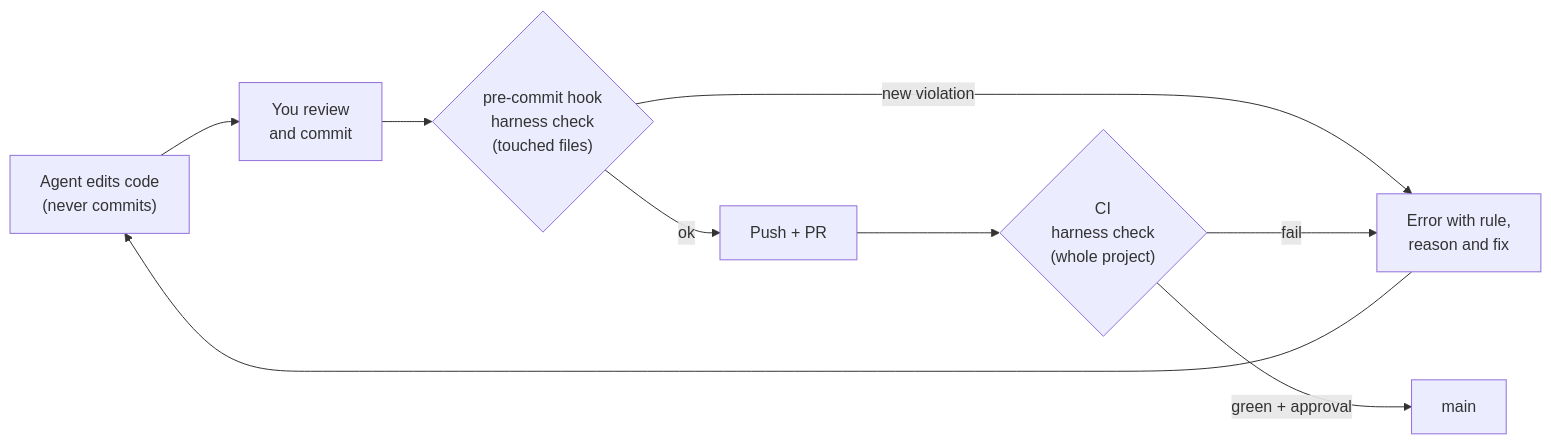
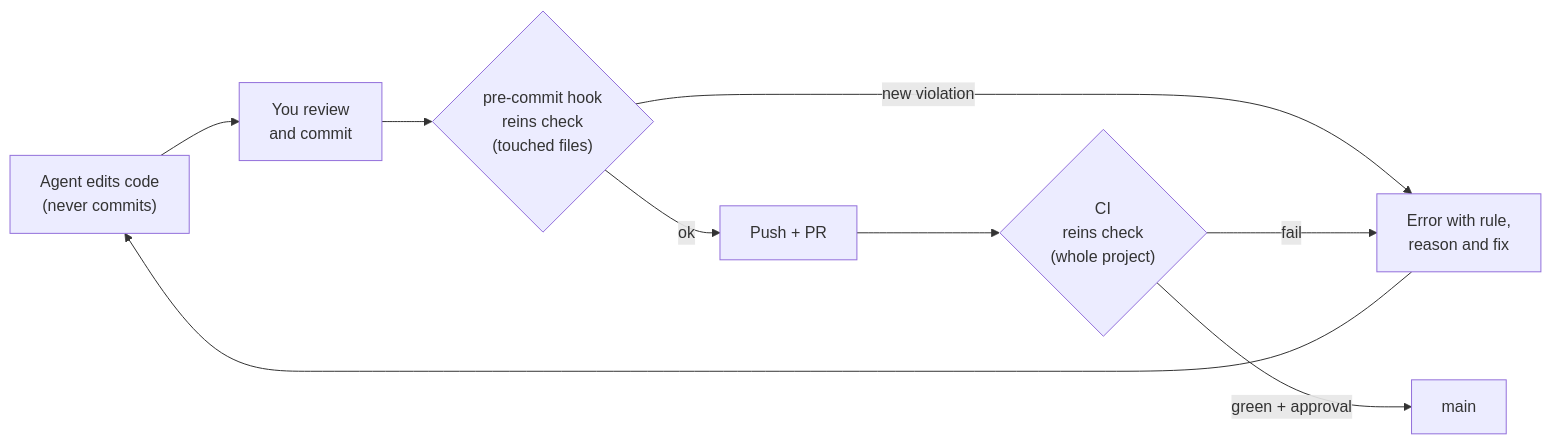
Before and after one commit to fredarcito/reins: the second of 15 diagrams in README.md, drawn with Mermaid. The commit also changed other lines of this file and 186 other files, not shown here.

````diff
--- a/README.md
+++ b/README.md
@@ -116,11 +116,11 @@
 ```mermaid
 flowchart LR
     agent["Agent edits code<br/>(never commits)"] --> human["You review<br/>and commit"]
-    human --> hook{"pre-commit hook<br/>harness check<br/>(touched files)"}
+    human --> hook{"pre-commit hook<br/>reins check<br/>(touched files)"}
     hook -- "new violation" --> fix["Error with rule,<br/>reason and fix"]
     fix --> agent
     hook -- "ok" --> pr["Push + PR"]
-    pr --> ci{"CI<br/>harness check<br/>(whole project)"}
+    pr --> ci{"CI<br/>reins check<br/>(whole project)"}
     ci -- "fail" --> fix
     ci -- "green + approval" --> main["main"]
 ```
````
